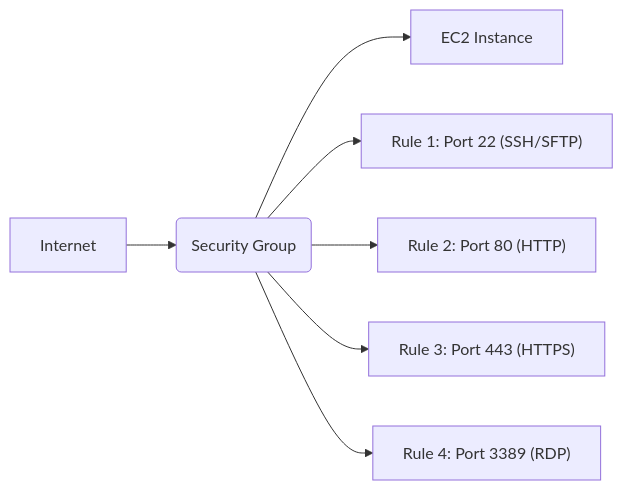
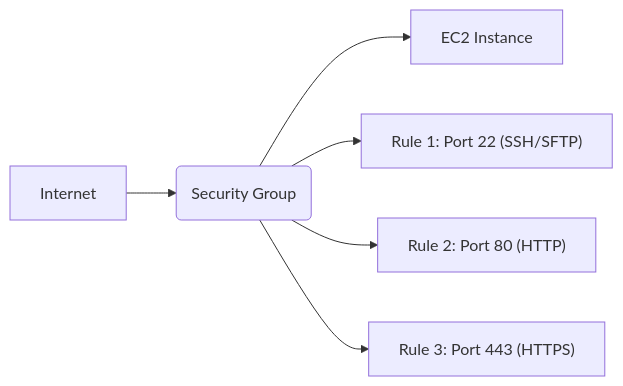
The second of 5 diagrams in aws-cli-lab.md (danielcregg/ats-labs), drawn with Mermaid before and after one commit. The commit also changed other lines of this file, not shown here.

````diff
--- a/aws-cli-lab.md
+++ b/aws-cli-lab.md
@@ -90,9 +90,8 @@
 ```mermaid
 graph LR
     A[Internet] --> B(Security Group)
     B --> C[EC2 Instance]
     B --> D["Rule 1: Port 22 (SSH/SFTP)"]
     B --> E["Rule 2: Port 80 (HTTP)"]
     B --> F["Rule 3: Port 443 (HTTPS)"]
-    B --> G["Rule 4: Port 3389 (RDP)"]
 ```
````
